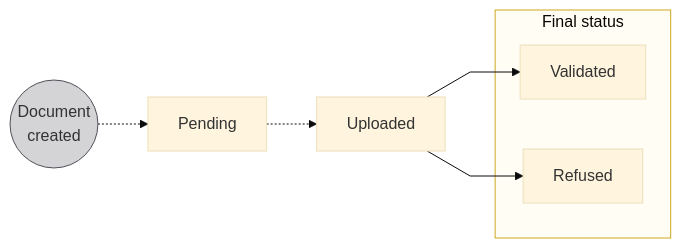
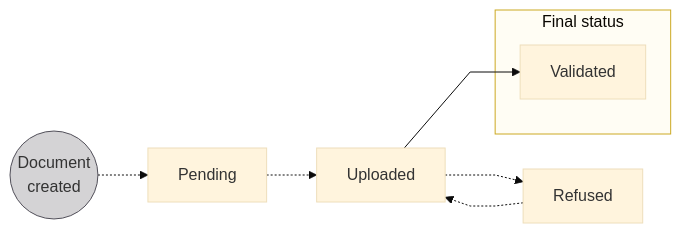
The second of 4 diagrams in docs/topics/capital-deposits/index.mdx (swan-io/docs), drawn with Mermaid (base theme) before and after one commit. The commit also changed other lines of this file and 6 other files, not shown here.

````diff
--- a/docs/topics/capital-deposits/index.mdx
+++ b/docs/topics/capital-deposits/index.mdx
@@ -169,14 +169,14 @@
 ```mermaid
 %%{ init: { 'flowchart': { 'curve': 'linear' } } }%%
 flowchart LR
     DC((Document<br/>created)) -.-> P[Pending]
     P -.-> U[Uploaded]
+    U -.-> RF[Refused]
+    RF -.-> U
     U --> V[Validated]
-    U --> RF[Refused]
     subgraph F[Final status]
         V
-        RF
     end
     style DC fill:#D4D3D5,stroke:#514F59
     style F fill:#fffdf4,stroke:#cca922
 ```
````
